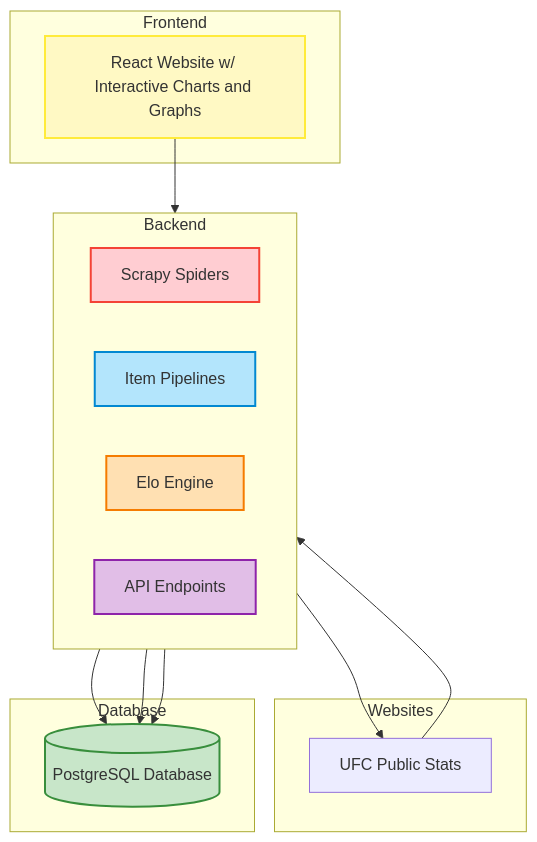
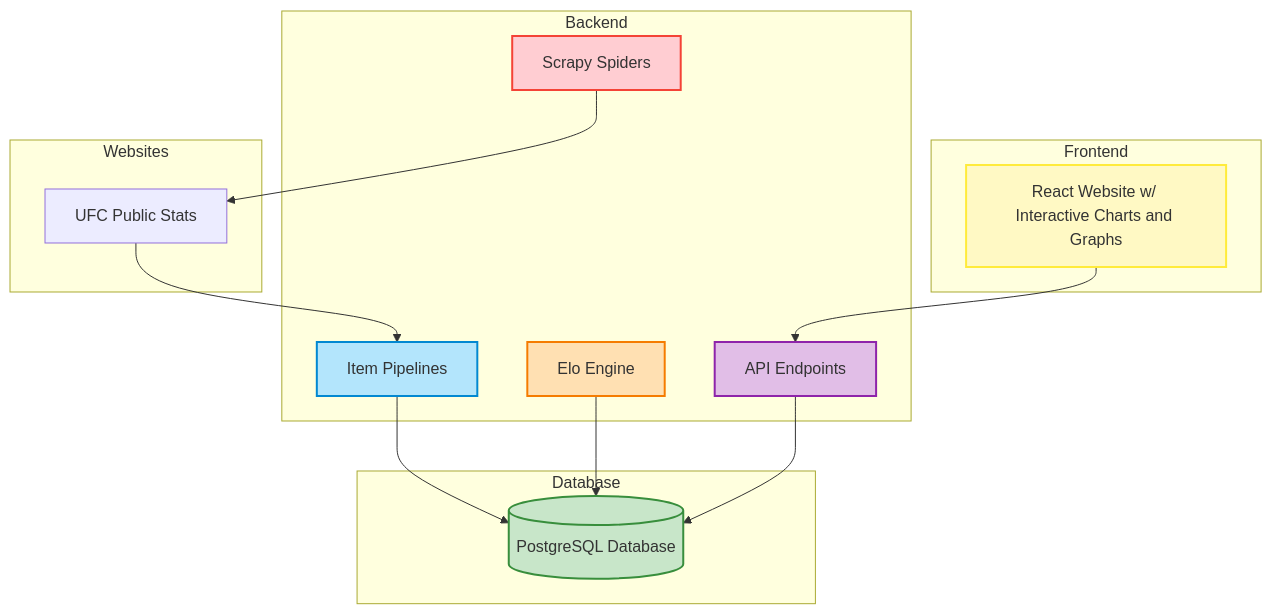
Before and after one commit to alpinedev51/mma-elo-engine-py: the diagram in README.md, drawn with Mermaid.

````diff
--- a/README.md
+++ b/README.md
@@ -52,49 +52,48 @@
 ```mermaid
 flowchart TD
 
     subgraph Websites
         W1[UFC Public Stats]
     end
 
     subgraph Backend
-        direction LR
         A1[Scrapy Spiders] --> W1
         W1 --> A2[Item Pipelines]
         A3[Elo Engine]
         A4[API Endpoints]
         click A1 "Scrapy Spiders regularly crawl MMA websites for fighter data."
         click A2 "Pipelines process and store the fighter data into the database."
         click A3 "Elo engine processes data in database and updates Elo scores."
         click A4 "APIs provide access to database via CRUD operations."
     end
 
     subgraph Database
         B1[(PostgreSQL Database)]
         click B1 "PostgreSQL database stores and handles fighter data and Elo scores."
     end
 
     subgraph Frontend
         E1[React Website w/ Interactive Charts and Graphs] --> A4
         click E1 "Provides UI for interacting with Backend API."
         click E1 "Data is displayed in a React-based frontend."
     end
 
     A2 --> B1
     A3 --> B1
     A4 --> B1
 
     classDef blue fill:#B3E5FC,stroke:#0288D1,stroke-width:2px;
     classDef green fill:#C8E6C9,stroke:#388E3C,stroke-width:2px;
     classDef orange fill:#FFE0B2,stroke:#F57C00,stroke-width:2px;
     classDef purple fill:#E1BEE7,stroke:#8E24AA,stroke-width:2px;
     classDef lightgreen fill:#DCEDC8,stroke:#689F38,stroke-width:2px;
     classDef red fill:#FFCDD2,stroke:#F44336,stroke-width:2px;
     classDef yellow fill:#FFF9C4,stroke:#FFEB3B,stroke-width:2px;
 
     class A1 red;
     class A2 blue;
     class B1 green;
     class A3 orange;
     class A4 purple;
     class E1 yellow;
 ```
````
